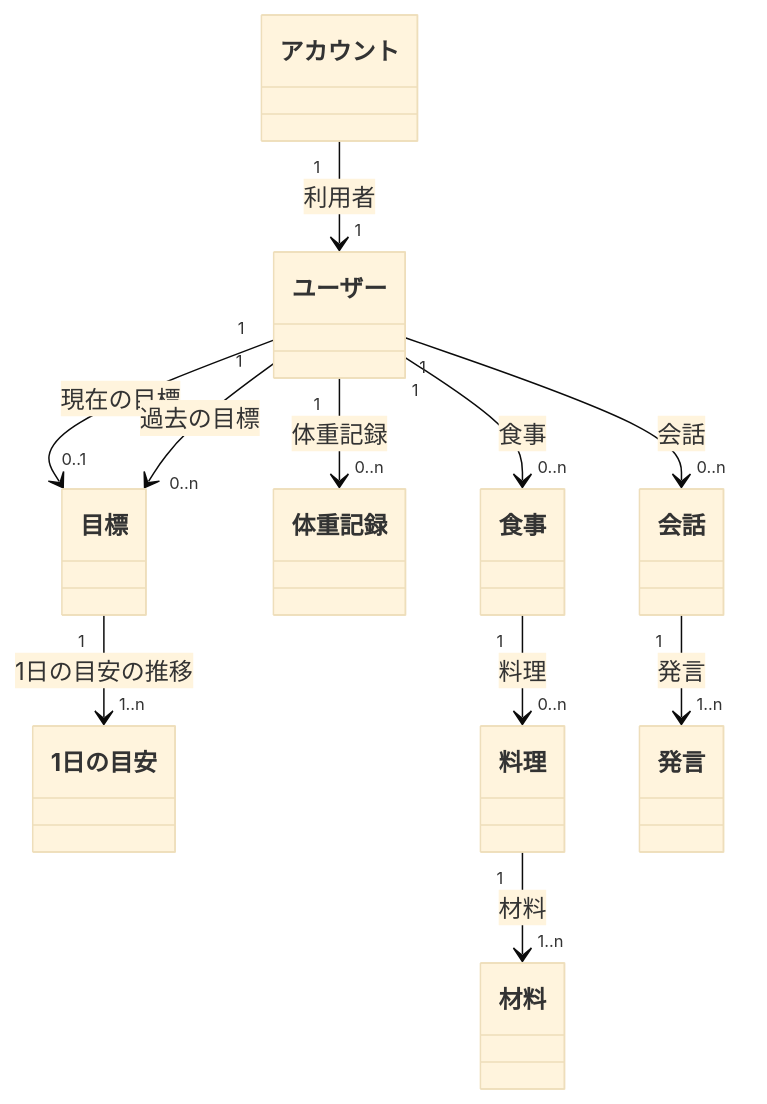
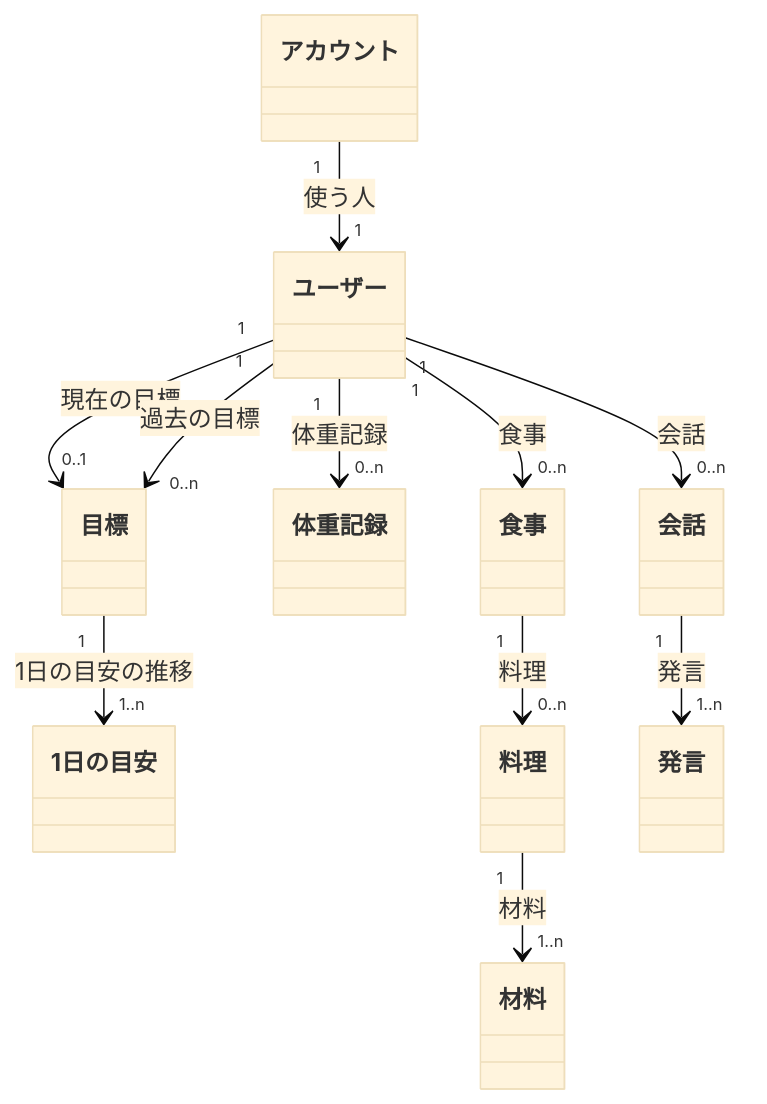
The diagram in docs/ui-design/0001-first-release/03-concept-model.md (gn-t-k/nu-tori), drawn with Mermaid (base theme) before and after one commit. The commit also changed other lines of this file and 6 other files, not shown here.

````diff
--- a/docs/ui-design/0001-first-release/03-concept-model.md
+++ b/docs/ui-design/0001-first-release/03-concept-model.md
@@ -48,23 +48,23 @@
 ```mermaid
 classDiagram
   class Account["アカウント"]
   class User["ユーザー"]
   class Goal["目標"]
   class Target["1日の目安"]
   class Weight["体重記録"]
   class Meal["食事"]
   class Dish["料理"]
   class Ingredient["材料"]
   class Conversation["会話"]
   class Message["発言"]
-  Account "1" --> "1" User : 利用者
+  Account "1" --> "1" User : 使う人
   User "1" --> "0..1" Goal : 現在の目標
   User "1" --> "0..n" Goal : 過去の目標
   Goal "1" --> "1..n" Target : 1日の目安の推移
   User "1" --> "0..n" Weight : 体重記録
   User "1" --> "0..n" Meal : 食事
   Meal "1" --> "0..n" Dish : 料理
   Dish "1" --> "1..n" Ingredient : 材料
   User "1" --> "0..n" Conversation : 会話
   Conversation "1" --> "1..n" Message : 発言
 ```
````
